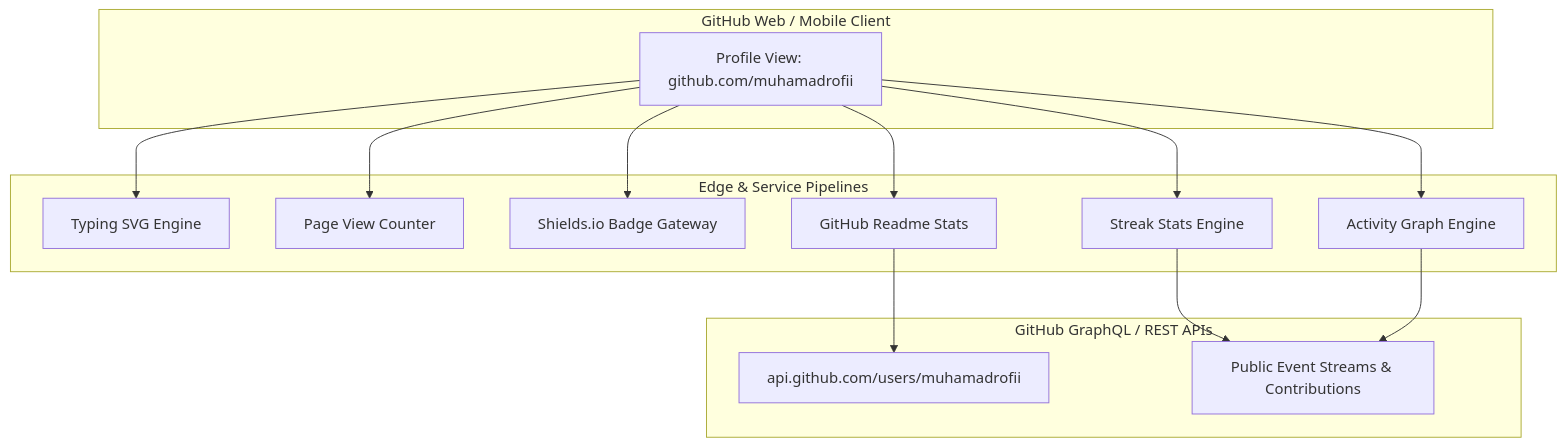
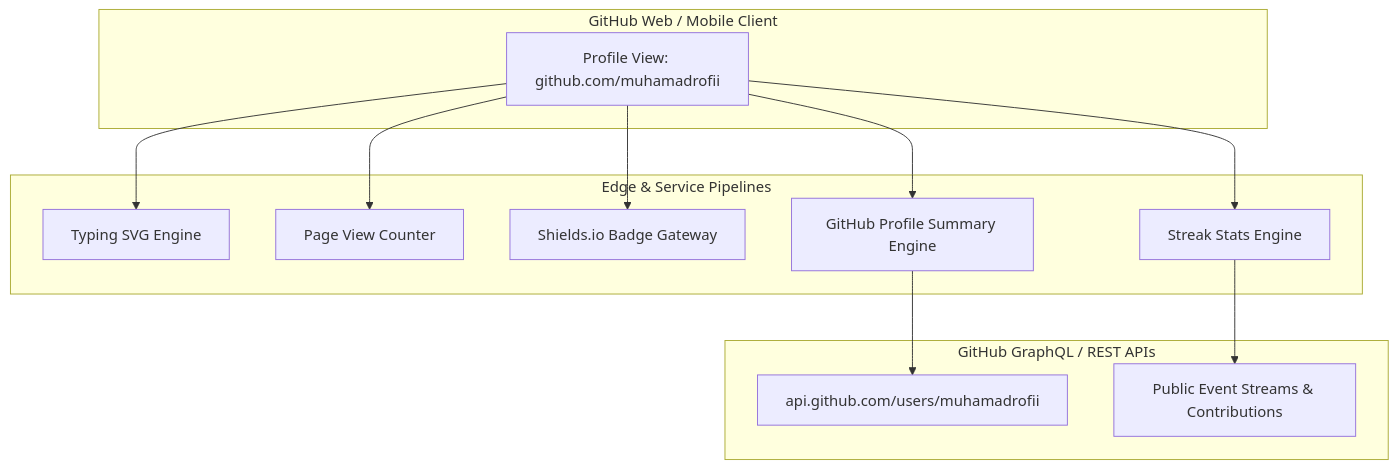
Before and after one commit to muhamadrofii/muhamadrofii: the diagram in PRD.md, drawn with Mermaid. The commit also changed other lines of this file and 1 other file, not shown here.

````diff
--- a/PRD.md
+++ b/PRD.md
@@ -26,31 +25,28 @@
 ```mermaid
 flowchart TD
     subgraph Client["GitHub Web / Mobile Client"]
         GH[Profile View: github.com/muhamadrofii]
     end
 
     subgraph CDN["Edge & Service Pipelines"]
         SVG[Typing SVG Engine]
         PVC[Page View Counter]
         SI[Shields.io Badge Gateway]
-        GRS[GitHub Readme Stats]
+        GPSC[GitHub Profile Summary Engine]
         STR[Streak Stats Engine]
-        ACT[Activity Graph Engine]
     end
 
     subgraph DataSources["GitHub GraphQL / REST APIs"]
         API[api.github.com/users/muhamadrofii]
         EVT[Public Event Streams & Contributions]
     end
 
     GH --> SVG
     GH --> PVC
     GH --> SI
-    GH --> GRS
+    GH --> GPSC
     GH --> STR
-    GH --> ACT
 
-    GRS --> API
+    GPSC --> API
     STR --> EVT
-    ACT --> EVT
 ```
````
